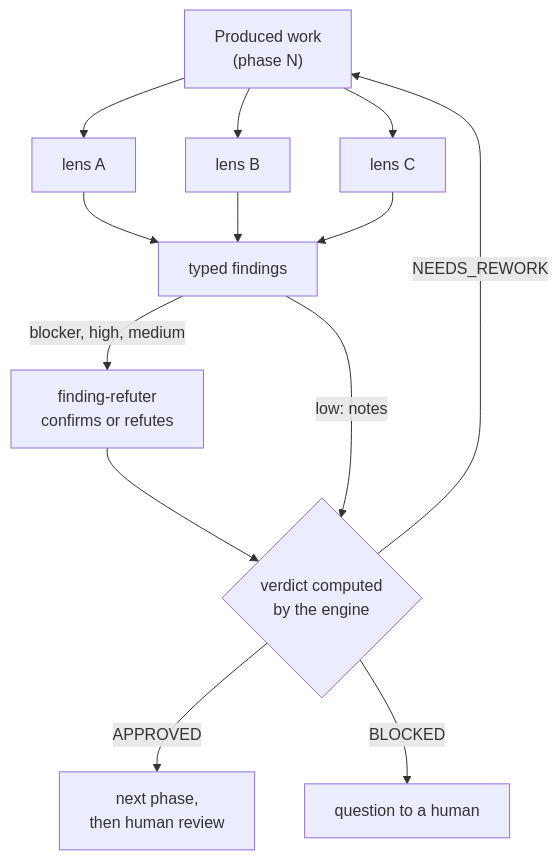
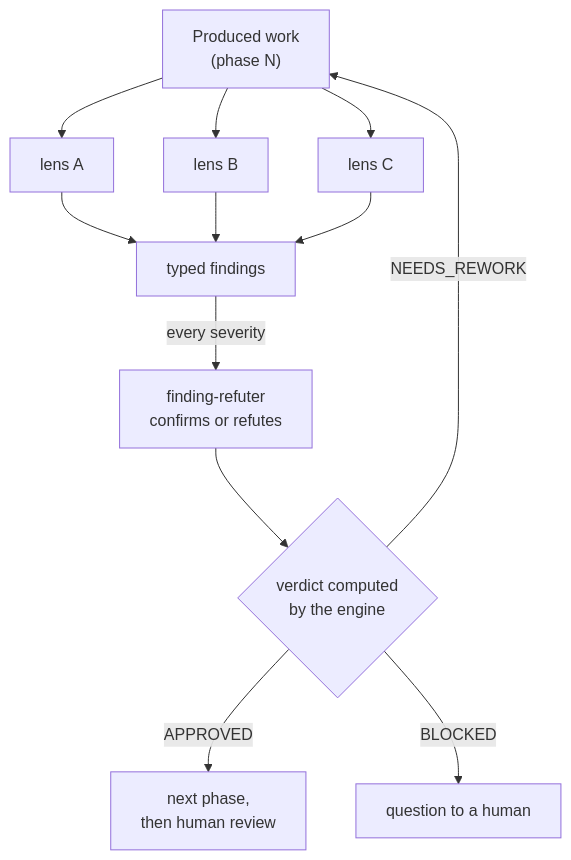
The diagram in docs/website/docs/explanation/deep-dive/review-before-review.md (SebastienDegodez/skraft-plugin), drawn with Mermaid before and after one commit. The commit also changed other lines of this file and 82 other files, not shown here.

````diff
--- a/docs/website/docs/explanation/deep-dive/review-before-review.md
+++ b/docs/website/docs/explanation/deep-dive/review-before-review.md
@@ -44,11 +44,10 @@
 ```mermaid
 flowchart TB
     W["Produced work<br/>(phase N)"] --> L1["lens A"] & L2["lens B"] & L3["lens C"]
     L1 & L2 & L3 --> F["typed findings"]
-    F -->|blocker, high, medium| R["finding-refuter<br/>confirms or refutes"]
+    F -->|every severity| R["finding-refuter<br/>confirms or refutes"]
     R --> V{"verdict computed<br/>by the engine"}
-    F -->|low: notes| V
     V -->|APPROVED| N["next phase,<br/>then human review"]
     V -->|NEEDS_REWORK| W
     V -->|BLOCKED| H["question to a human"]
 ```
````
